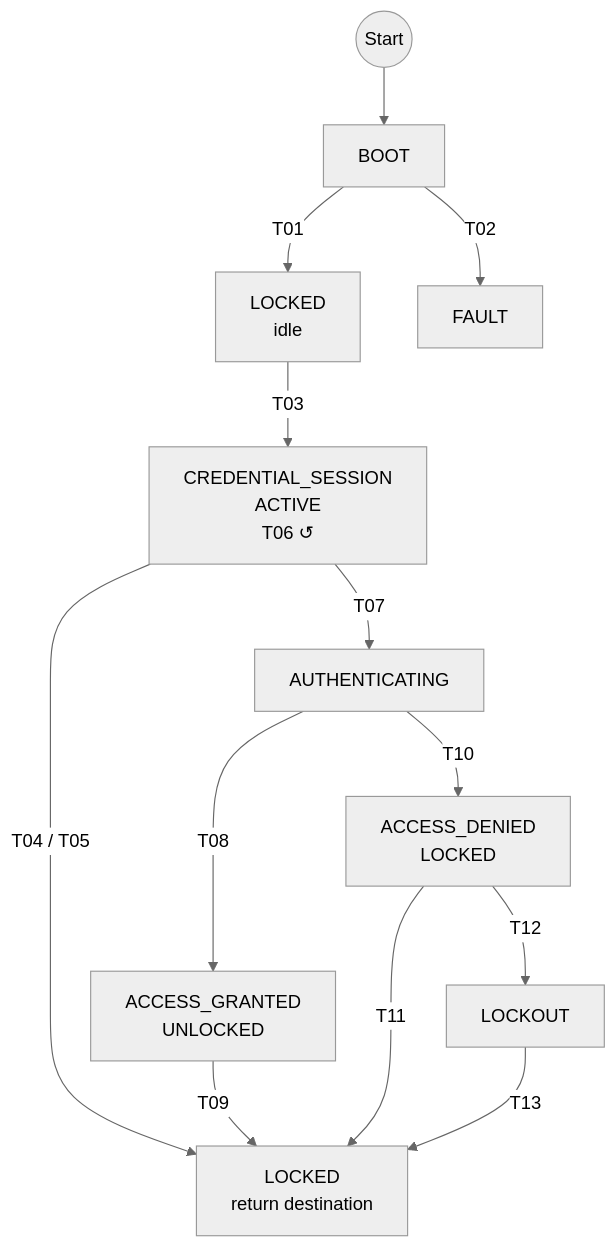
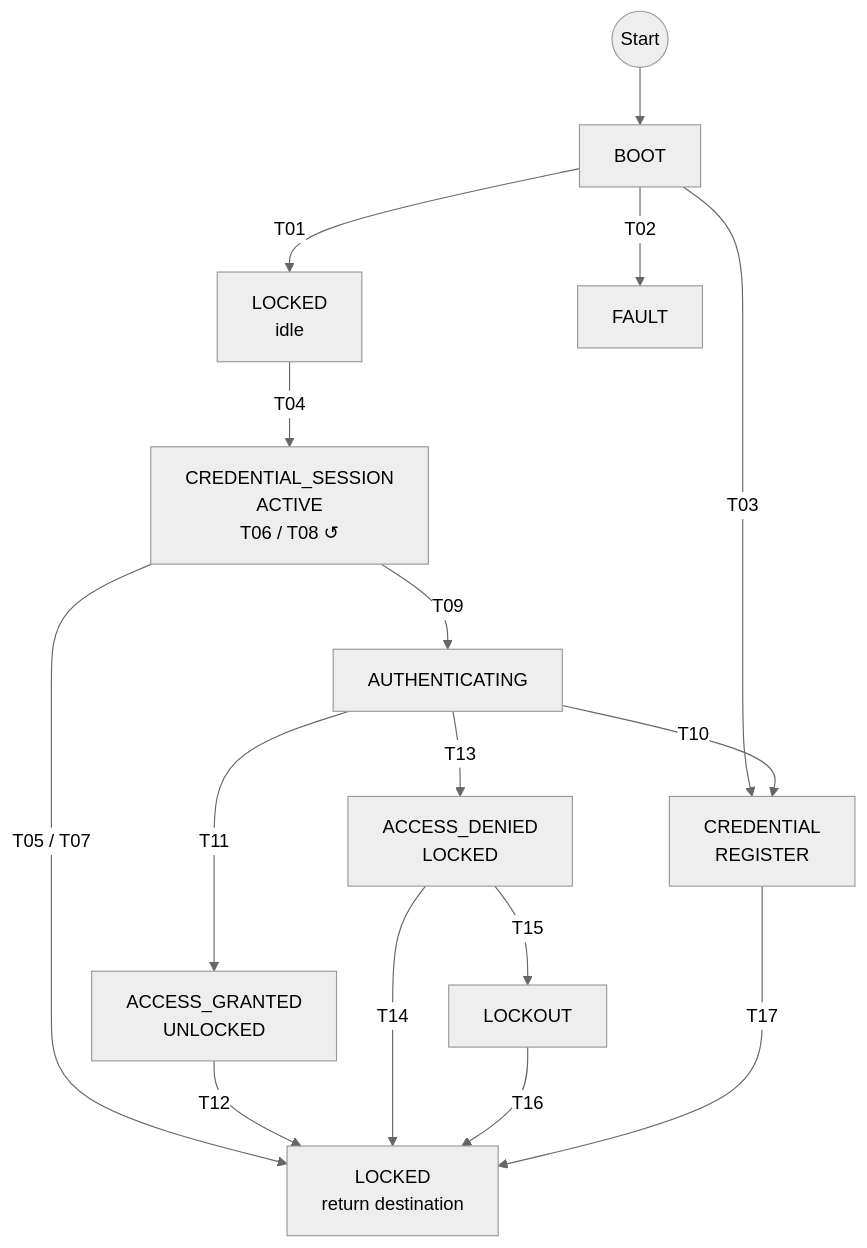
One commit to JP-REY/STM32F103C8T6-Based-Electronic-Lock changed the second of 4 diagrams in App/Core/README.md. Above: the diagram before and after it, drawn with Mermaid (neutral theme). The commit also changed other lines of this file and 6 other files, not shown here.

First line of the commit message:
feature(lock-control): add credential register state and authorization flow

````diff
--- a/App/Core/README.md
+++ b/App/Core/README.md
@@ -659,19 +694,22 @@
 ```mermaid
 flowchart TB
     START((Start)) --> BOOT["BOOT"]
 
     BOOT -->|T01| LOCKED["LOCKED<br/>idle"]
     BOOT -->|T02| FAULT["FAULT"]
+    BOOT -->|T03| REGISTER["CREDENTIAL<br/>REGISTER"]
 
-    LOCKED -->|T03| ENTRY["CREDENTIAL_SESSION<br/>ACTIVE<br/>T06 ↺"]
-    ENTRY -->|T07| AUTH["AUTHENTICATING"]
+    LOCKED -->|T04| ENTRY["CREDENTIAL_SESSION<br/>ACTIVE<br/>T06 / T08 ↺"]
+    ENTRY -->|T09| AUTH["AUTHENTICATING"]
 
-    AUTH -->|T08| UNLOCKED["ACCESS_GRANTED<br/>UNLOCKED"]
-    AUTH -->|T10| DENIED["ACCESS_DENIED<br/>LOCKED"]
-    DENIED -->|T12| LOCKOUT["LOCKOUT"]
+    AUTH -->|T10| REGISTER
+    AUTH -->|T11| UNLOCKED["ACCESS_GRANTED<br/>UNLOCKED"]
+    AUTH -->|T13| DENIED["ACCESS_DENIED<br/>LOCKED"]
+    DENIED -->|T15| LOCKOUT["LOCKOUT"]
 
-    ENTRY -->|"T04 / T05"| LOCKED_RETURN["LOCKED<br/>return destination"]
-    UNLOCKED -->|T09| LOCKED_RETURN
-    DENIED -->|T11| LOCKED_RETURN
-    LOCKOUT -->|T13| LOCKED_RETURN
+    ENTRY -->|"T05 / T07"| LOCKED_RETURN["LOCKED<br/>return destination"]
+    UNLOCKED -->|T12| LOCKED_RETURN
+    DENIED -->|T14| LOCKED_RETURN
+    LOCKOUT -->|T16| LOCKED_RETURN
+    REGISTER -->|T17| LOCKED_RETURN
 ```
````
